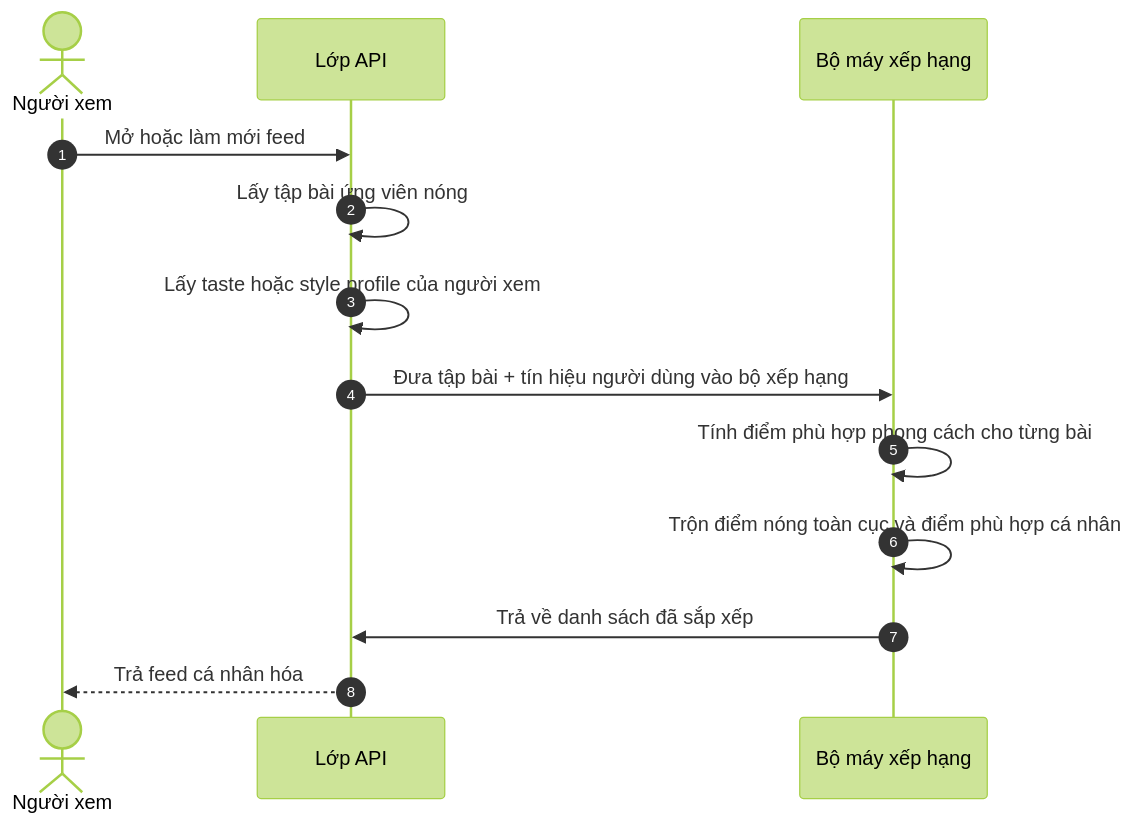
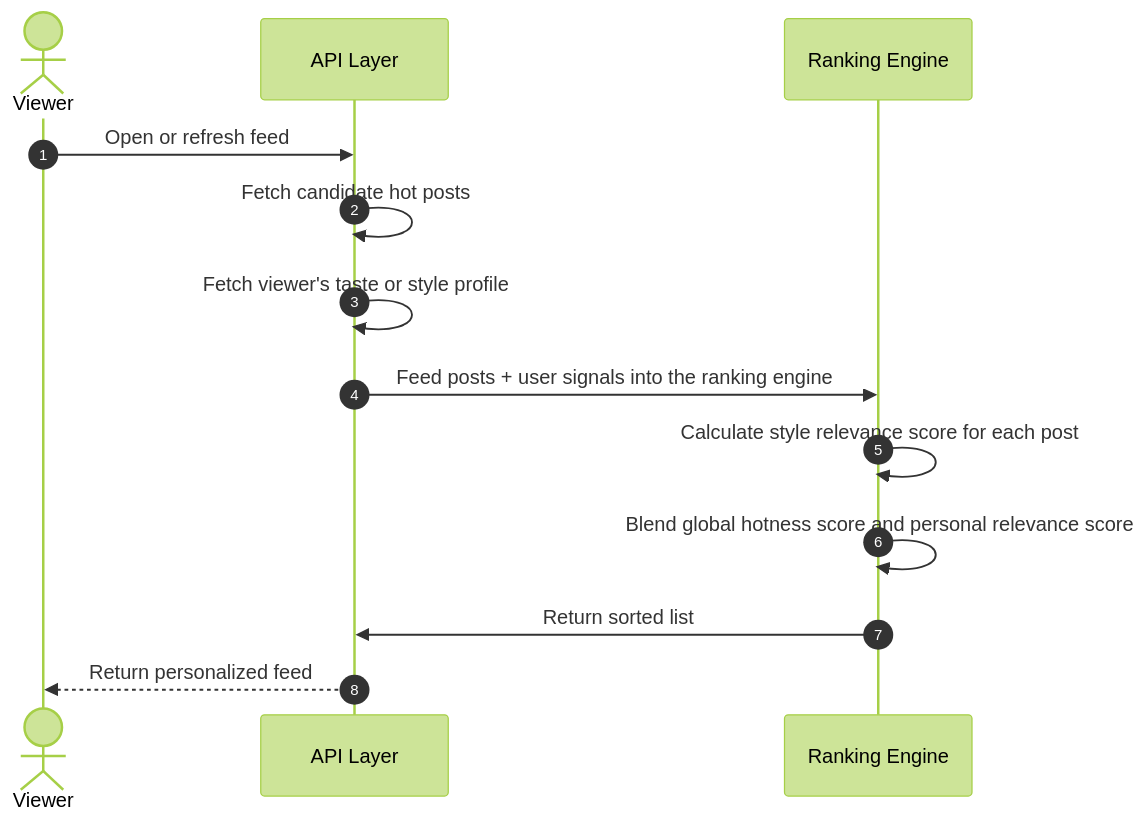
Before and after one commit to hycat-team/smart-wardrobe-be: the second of 2 diagrams in docs/system-design/ai-pipeline.md, drawn with Mermaid (forest theme). The commit also changed other lines of this file and 33 other files, not shown here.

````diff
--- a/docs/system-design/ai-pipeline.md
+++ b/docs/system-design/ai-pipeline.md
@@ -170,17 +170,17 @@
 ```mermaid
 sequenceDiagram
     autonumber
-    actor Client as Người xem
-    participant Server as Lớp API
-    participant Engine as Bộ máy xếp hạng
+    actor Client as Viewer
+    participant Server as API Layer
+    participant Engine as Ranking Engine
 
-    Client->>Server: Mở hoặc làm mới feed
-    Server->>Server: Lấy tập bài ứng viên nóng
-    Server->>Server: Lấy taste hoặc style profile của người xem
-    Server->>Engine: Đưa tập bài + tín hiệu người dùng vào bộ xếp hạng
-    Engine->>Engine: Tính điểm phù hợp phong cách cho từng bài
-    Engine->>Engine: Trộn điểm nóng toàn cục và điểm phù hợp cá nhân
-    Engine->>Server: Trả về danh sách đã sắp xếp
-    Server-->>Client: Trả feed cá nhân hóa
+    Client->>Server: Open or refresh feed
+    Server->>Server: Fetch candidate hot posts
+    Server->>Server: Fetch viewer's taste or style profile
+    Server->>Engine: Feed posts + user signals into the ranking engine
+    Engine->>Engine: Calculate style relevance score for each post
+    Engine->>Engine: Blend global hotness score and personal relevance score
+    Engine->>Server: Return sorted list
+    Server-->>Client: Return personalized feed
 
 ```
````
